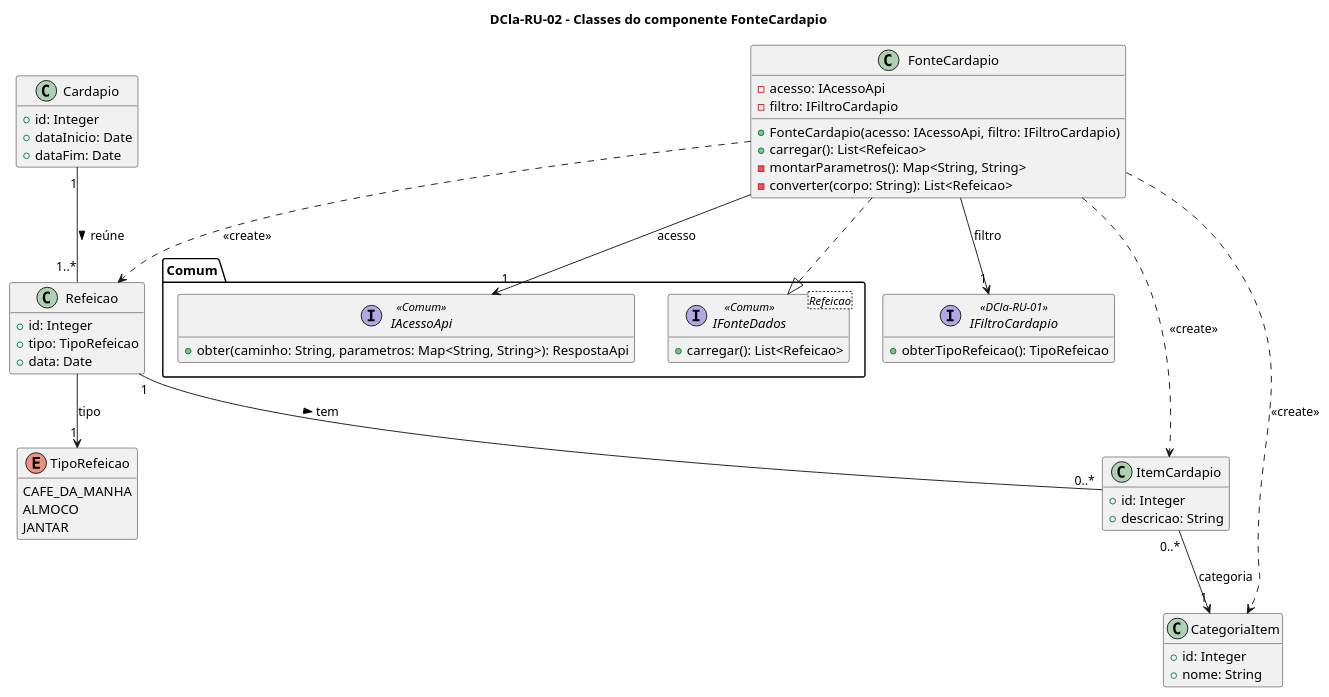
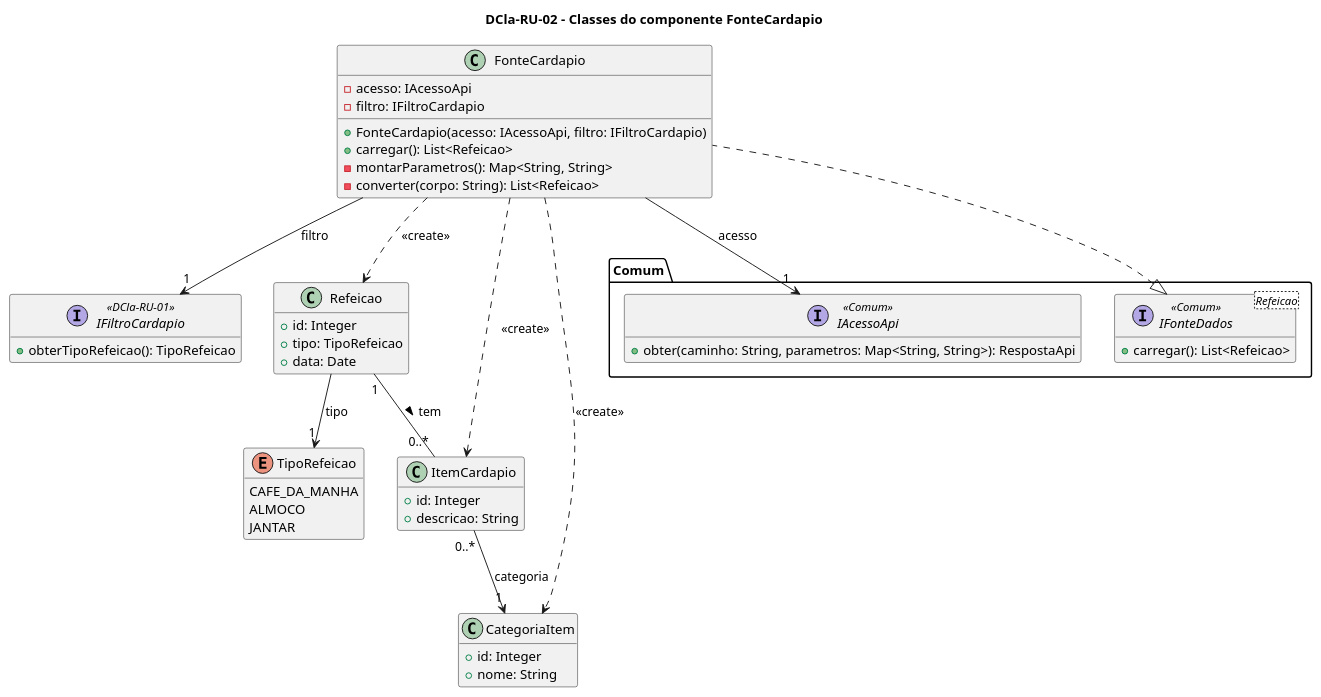
One commit to joseduardogon/Minha_UFG_Grupo_Cinza changed the diagram in RU/DCla-RU-02.puml. Above: the diagram before and after it, drawn with PlantUML. The commit also changed 43 other files, not shown here.

```diff
--- a/RU/DCla-RU-02.puml
+++ b/RU/DCla-RU-02.puml
@@ -1,65 +1,58 @@
 @startuml DCla-RU-02
 title DCla-RU-02 – Classes do componente FonteCardapio
 hide empty members
 
 package "Comum" {
   interface "IFonteDados<Refeicao>" as IFonteDados <<Comum>> {
     + carregar(): List<Refeicao>
   }
   interface IAcessoApi <<Comum>> {
     + obter(caminho: String, parametros: Map<String, String>): RespostaApi
   }
 }
 
 interface IFiltroCardapio <<DCla-RU-01>> {
   + obterTipoRefeicao(): TipoRefeicao
 }
 
 class FonteCardapio {
   - acesso: IAcessoApi
   - filtro: IFiltroCardapio
   + FonteCardapio(acesso: IAcessoApi, filtro: IFiltroCardapio)
   + carregar(): List<Refeicao>
   - montarParametros(): Map<String, String>
   - converter(corpo: String): List<Refeicao>
-}
-
-class Cardapio {
-  + id: Integer
-  + dataInicio: Date
-  + dataFim: Date
 }
 
 class Refeicao {
   + id: Integer
   + tipo: TipoRefeicao
   + data: Date
 }
 
 class ItemCardapio {
   + id: Integer
   + descricao: String
 }
 
 class CategoriaItem {
   + id: Integer
   + nome: String
 }
 
 enum TipoRefeicao {
   CAFE_DA_MANHA
   ALMOCO
   JANTAR
 }
 
 IFonteDados <|.. FonteCardapio
 FonteCardapio --> "1" IAcessoApi : acesso
 FonteCardapio --> "1" IFiltroCardapio : filtro
 FonteCardapio ..> Refeicao : <<create>>
 FonteCardapio ..> ItemCardapio : <<create>>
 FonteCardapio ..> CategoriaItem : <<create>>
-Cardapio "1" -- "1..*" Refeicao : reúne >
 Refeicao "1" -- "0..*" ItemCardapio : tem >
 ItemCardapio "0..*" --> "1" CategoriaItem : categoria
 Refeicao --> "1" TipoRefeicao : tipo
 @enduml
```
